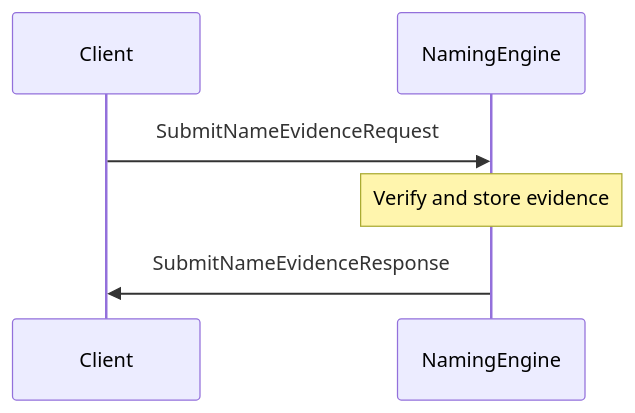
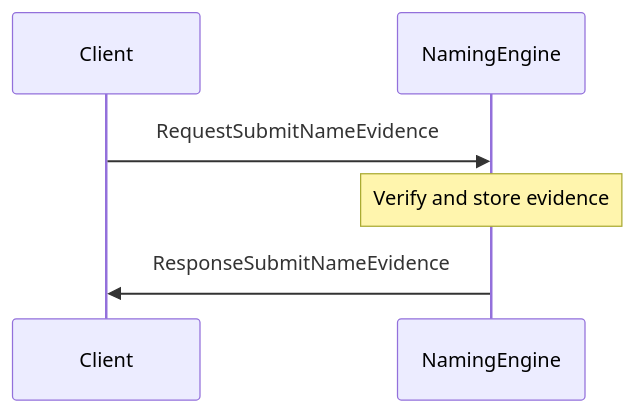
The second of 3 diagrams in docs/arch/node/engines/naming_messages.juvix.md (anoma/nspec), drawn with Mermaid before and after one commit. The commit also changed other lines of this file and 3 other files, not shown here.

````diff
--- a/docs/arch/node/engines/naming_messages.juvix.md
+++ b/docs/arch/node/engines/naming_messages.juvix.md
@@ -166,9 +164,9 @@
 ```mermaid
 sequenceDiagram
     participant Client
     participant NamingEngine
 
-    Client->>NamingEngine: SubmitNameEvidenceRequest
+    Client->>NamingEngine: RequestSubmitNameEvidence
     Note over NamingEngine: Verify and store evidence
-    NamingEngine->>Client: SubmitNameEvidenceResponse
+    NamingEngine->>Client: ResponseSubmitNameEvidence
 ```
````
